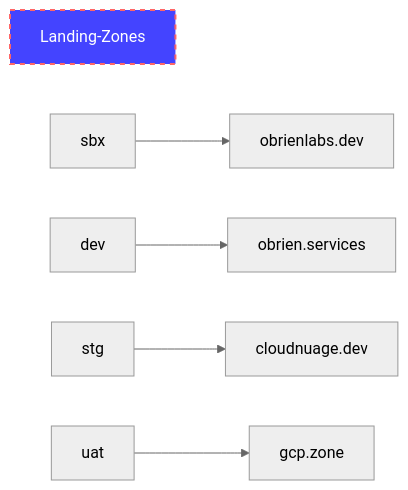
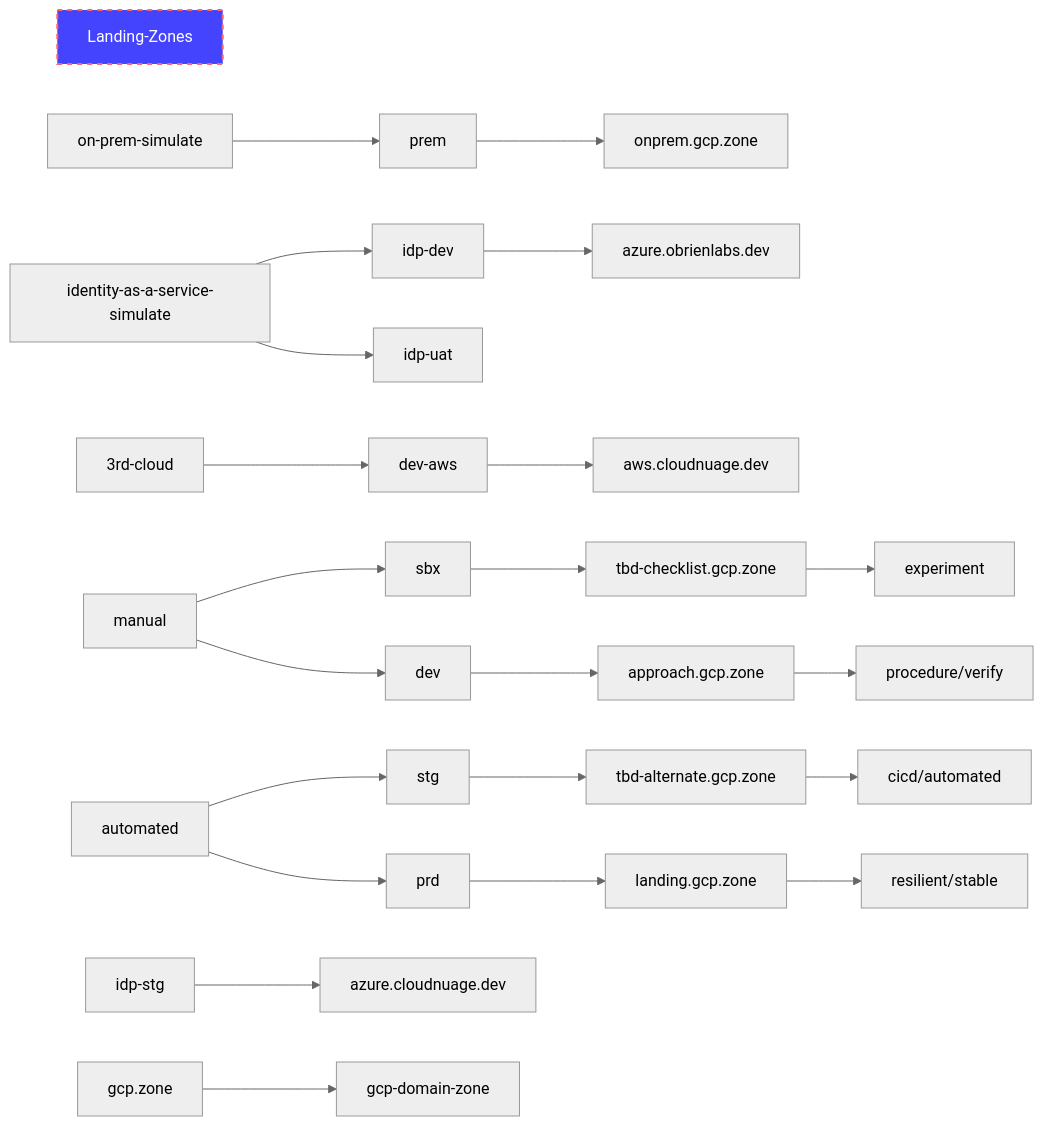
Before and after one commit to GoogleCloudPlatform/pbmm-on-gcp-onboarding: the diagram in docs/deployments.md, drawn with Mermaid (neutral theme).

Commit message:
#166 - CD automation

````diff
--- a/docs/deployments.md
+++ b/docs/deployments.md
@@ -26,10 +26,27 @@
 ```mermaid
 graph LR;
     style Landing-Zones fill:#44f,stroke:#f66,stroke-width:2px,color:#fff,stroke-dasharray: 5 5
     %% mapped and documented
-    sbx-->obrienlabs.dev
-    dev-->obrien.services
-    stg-->cloudnuage.dev
-    uat-->gcp.zone
+
+    on-prem-simulate-->prem
+    identity-as-a-service-simulate-->idp-dev
+    identity-as-a-service-simulate-->idp-uat
+    3rd-cloud-->dev-aws
+    
+    manual-->sbx
+    manual-->dev
+    automated-->stg
+    automated-->prd
+    
+    prem-->onprem.gcp.zone
+    idp-dev-->azure.obrienlabs.dev
+    idp-stg-->azure.cloudnuage.dev
+    dev-->approach.gcp.zone-->procedure/verify
+    dev-aws-->aws.cloudnuage.dev
+    sbx-->tbd-checklist.gcp.zone-->experiment
+    prd-->landing.gcp.zone-->resilient/stable
+    stg-->tbd-alternate.gcp.zone-->cicd/automated
+    gcp.zone-->gcp-domain-zone
+    
     
 ```
````
